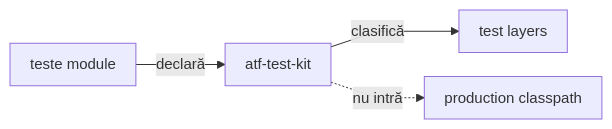
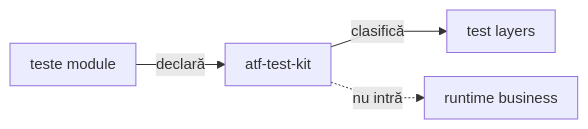
One commit to crististefanita/atf_j0 changed the first of 3 diagrams in atf-test-kit/README.md. Above: the diagram before and after it, drawn with Mermaid. The commit also changed other lines of this file and 57 other files, not shown here.

````diff
--- a/atf-test-kit/README.md
+++ b/atf-test-kit/README.md
@@ -8,7 +12,7 @@
 ```mermaid
 %%{init: {"themeVariables":{"fontSize":"15px"},"themeCSS":".nodeLabel, .nodeLabel p { font-size: 15px !important; line-height: 1.35 !important; } .edgeLabel, .edgeLabel p { font-size: 12px !important; font-weight: 400 !important; line-height: 1.2 !important; } .edgeLabel .labelBkg, .edgeLabel p { background: transparent !important; } .edgeLabel foreignObject { transform: translateY(-18px); overflow: visible; } .node rect { rx: 6px; ry: 6px; }","flowchart":{"curve":"linear","nodeSpacing":24,"rankSpacing":40,"padding":10,"diagramPadding":16}}}%%
 flowchart LR
     ModuleTests[teste module] -->|declară| Kit[atf-test-kit]
     Kit -->|clasifică| Levels[test layers]
-    Kit -. nu intră .-> Production[production classpath]
+    Kit -. nu intră .-> Production[runtime business]
 ```
````
